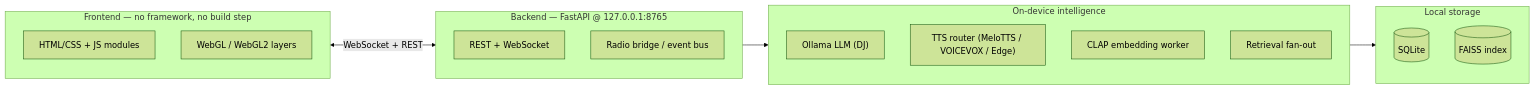
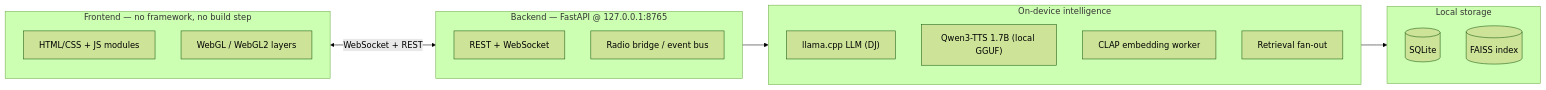
Before and after one commit to Julian-Donald-Von/Radio-Intelligence: the diagram in README.md, drawn with Mermaid (forest theme). The commit also changed other lines of this file and 6 other files, not shown here.

Commit message:
docs: refresh outdated docs (TTS/LLM/retrieval/arr), drop paper language, fix requirements, remove design snapshot

````diff
--- a/README.md
+++ b/README.md
@@ -76,24 +76,24 @@
 ```mermaid
 flowchart LR
     subgraph FE["Frontend — no framework, no build step"]
         A["HTML/CSS + JS modules"]
         B["WebGL / WebGL2 layers"]
     end
     subgraph BE["Backend — FastAPI @ 127.0.0.1:8765"]
         C["REST + WebSocket"]
         D["Radio bridge / event bus"]
     end
     subgraph AI["On-device intelligence"]
-        E["Ollama LLM (DJ)"]
-        F["TTS router (MeloTTS / VOICEVOX / Edge)"]
+        E["llama.cpp LLM (DJ)"]
+        F["Qwen3-TTS 1.7B (local GGUF)"]
         G["CLAP embedding worker"]
         H["Retrieval fan-out"]
     end
     subgraph ST["Local storage"]
         I[("SQLite")]
         J[("FAISS index")]
     end
     FE <-- "WebSocket + REST" --> BE
     BE --> AI
     AI --> ST
 ```
````
